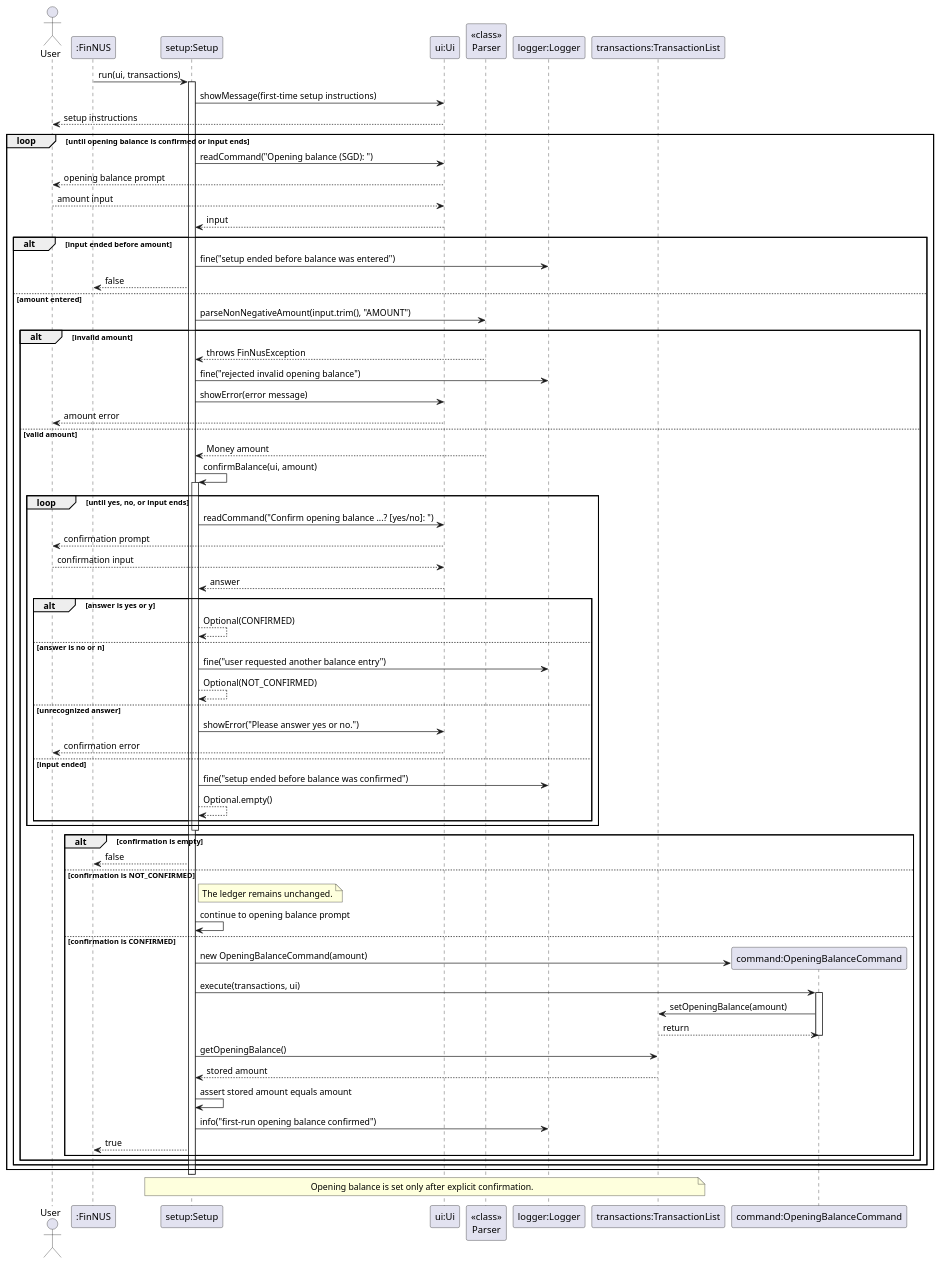
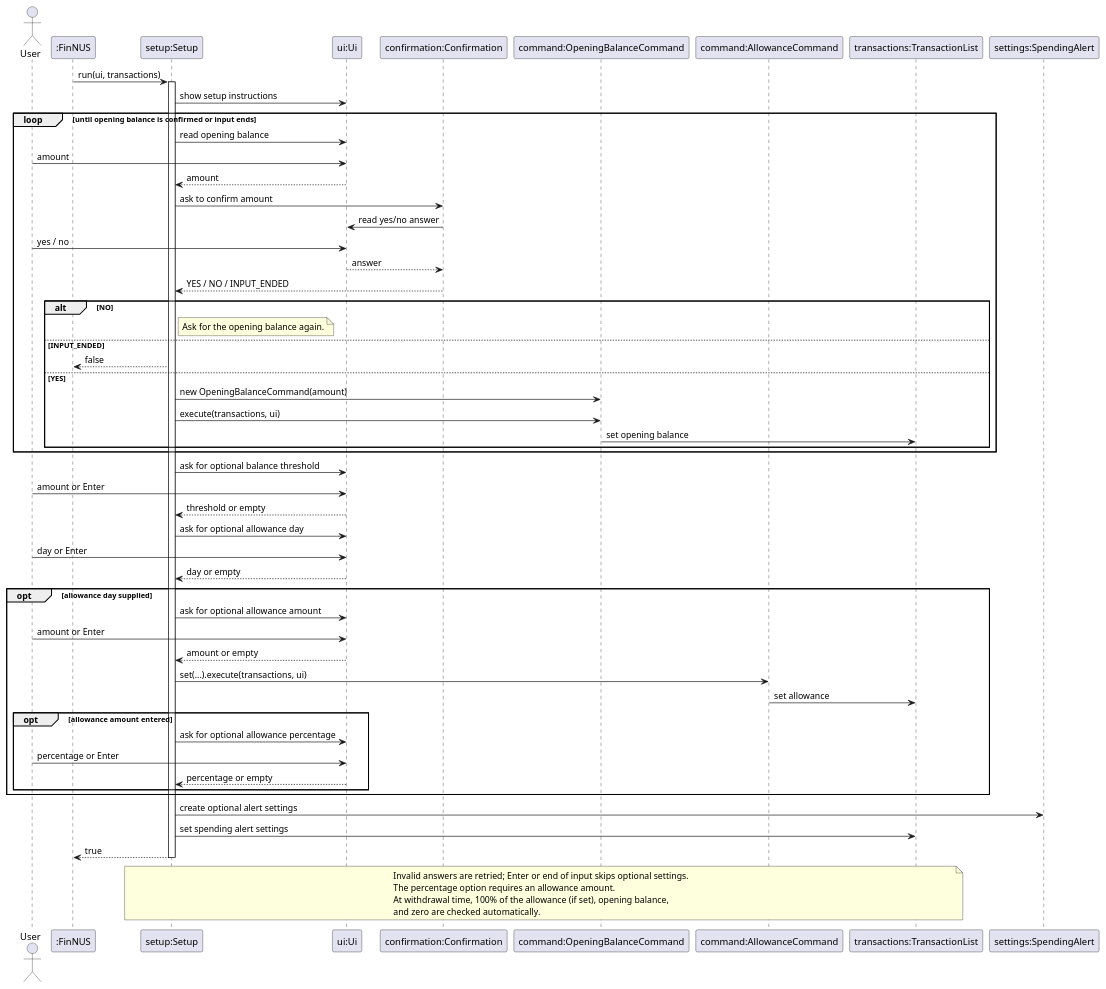
Before and after one commit to AY2627S1-CS2113-W13-2/tp: the diagram in docs/diagrams/SetupSequenceDiagram.puml, drawn with PlantUML. The commit also changed 1 other file, not shown here.

Commit message:
Simplify SetupSequenceDiagram

```diff
--- a/docs/diagrams/SetupSequenceDiagram.puml
+++ b/docs/diagrams/SetupSequenceDiagram.puml
@@ -1,76 +1,68 @@
 @startuml SetupSequenceDiagram
+' @@author lololol8484
 actor User
 participant ":FinNUS" as FinNUS
 participant "setup:Setup" as Setup
 participant "ui:Ui" as Ui
-participant "<<class>>\nParser" as Parser
-participant "logger:Logger" as Logger
+participant "confirmation:Confirmation" as Confirmation
+participant "command:OpeningBalanceCommand" as Opening
+participant "command:AllowanceCommand" as Allowance
 participant "transactions:TransactionList" as Ledger
+participant "settings:SpendingAlert" as SpendingAlert
 
 FinNUS -> Setup: run(ui, transactions)
 activate Setup
-Setup -> Ui: showMessage(first-time setup instructions)
-Ui --> User: setup instructions
+Setup -> Ui: show setup instructions
+
 loop until opening balance is confirmed or input ends
-    Setup -> Ui: readCommand("Opening balance (SGD): ")
-    Ui --> User: opening balance prompt
-    User --> Ui: amount input
-    Ui --> Setup: input
-    alt input ended before amount
-        Setup -> Logger: fine("setup ended before balance was entered")
+    Setup -> Ui: read opening balance
+    User -> Ui: amount
+    Ui --> Setup: amount
+    Setup -> Confirmation: ask to confirm amount
+    Confirmation -> Ui: read yes/no answer
+    User -> Ui: yes / no
+    Ui --> Confirmation: answer
+    Confirmation --> Setup: YES / NO / INPUT_ENDED
+    alt NO
+        note right of Setup: Ask for the opening balance again.
+    else INPUT_ENDED
         Setup --> FinNUS: false
-    else amount entered
-        Setup -> Parser: parseNonNegativeAmount(input.trim(), "AMOUNT")
-        alt invalid amount
-            Parser --> Setup: throws FinNusException
-            Setup -> Logger: fine("rejected invalid opening balance")
-            Setup -> Ui: showError(error message)
-            Ui --> User: amount error
-        else valid amount
-            Parser --> Setup: Money amount
-            Setup -> Setup: confirmBalance(ui, amount)
-            activate Setup
-            loop until yes, no, or input ends
-                Setup -> Ui: readCommand("Confirm opening balance ...? [yes/no]: ")
-                Ui --> User: confirmation prompt
-                User --> Ui: confirmation input
-                Ui --> Setup: answer
-                alt answer is yes or y
-                    Setup --> Setup: Optional(CONFIRMED)
-                else answer is no or n
-                    Setup -> Logger: fine("user requested another balance entry")
-                    Setup --> Setup: Optional(NOT_CONFIRMED)
-                else unrecognized answer
-                    Setup -> Ui: showError("Please answer yes or no.")
-                    Ui --> User: confirmation error
-                else input ended
-                    Setup -> Logger: fine("setup ended before balance was confirmed")
-                    Setup --> Setup: Optional.empty()
-                end
-            end
-            deactivate Setup
-            alt confirmation is empty
-                Setup --> FinNUS: false
-            else confirmation is NOT_CONFIRMED
-                note right of Setup: The ledger remains unchanged.
-                Setup -> Setup: continue to opening balance prompt
-            else confirmation is CONFIRMED
-                create "command:OpeningBalanceCommand" as Opening
-                Setup -> Opening: new OpeningBalanceCommand(amount)
-                Setup -> Opening: execute(transactions, ui)
-                activate Opening
-                Opening -> Ledger: setOpeningBalance(amount)
-                Ledger --> Opening: return
-                deactivate Opening
-                Setup -> Ledger: getOpeningBalance()
-                Ledger --> Setup: stored amount
-                Setup -> Setup: assert stored amount equals amount
-                Setup -> Logger: info("first-run opening balance confirmed")
-                Setup --> FinNUS: true
-            end
-        end
+    else YES
+        Setup -> Opening: new OpeningBalanceCommand(amount)
+        Setup -> Opening: execute(transactions, ui)
+        Opening -> Ledger: set opening balance
     end
 end
+
+Setup -> Ui: ask for optional balance threshold
+    User -> Ui: amount or Enter
+    Ui --> Setup: threshold or empty
+
+Setup -> Ui: ask for optional allowance day
+User -> Ui: day or Enter
+Ui --> Setup: day or empty
+opt allowance day supplied
+    Setup -> Ui: ask for optional allowance amount
+    User -> Ui: amount or Enter
+    Ui --> Setup: amount or empty
+    Setup -> Allowance: set(...).execute(transactions, ui)
+    Allowance -> Ledger: set allowance
+    opt allowance amount entered
+        Setup -> Ui: ask for optional allowance percentage
+        User -> Ui: percentage or Enter
+        Ui --> Setup: percentage or empty
+    end
+end
+
+Setup -> SpendingAlert: create optional alert settings
+Setup -> Ledger: set spending alert settings
+Setup --> FinNUS: true
 deactivate Setup
-note over Setup, Ledger: Opening balance is set only after explicit confirmation.
+
+note over Setup, Ledger
+    Invalid answers are retried; Enter or end of input skips optional settings.
+    The percentage option requires an allowance amount.
+    At withdrawal time, 100% of the allowance (if set), opening balance,
+    and zero are checked automatically.
+end note
 @enduml
```
